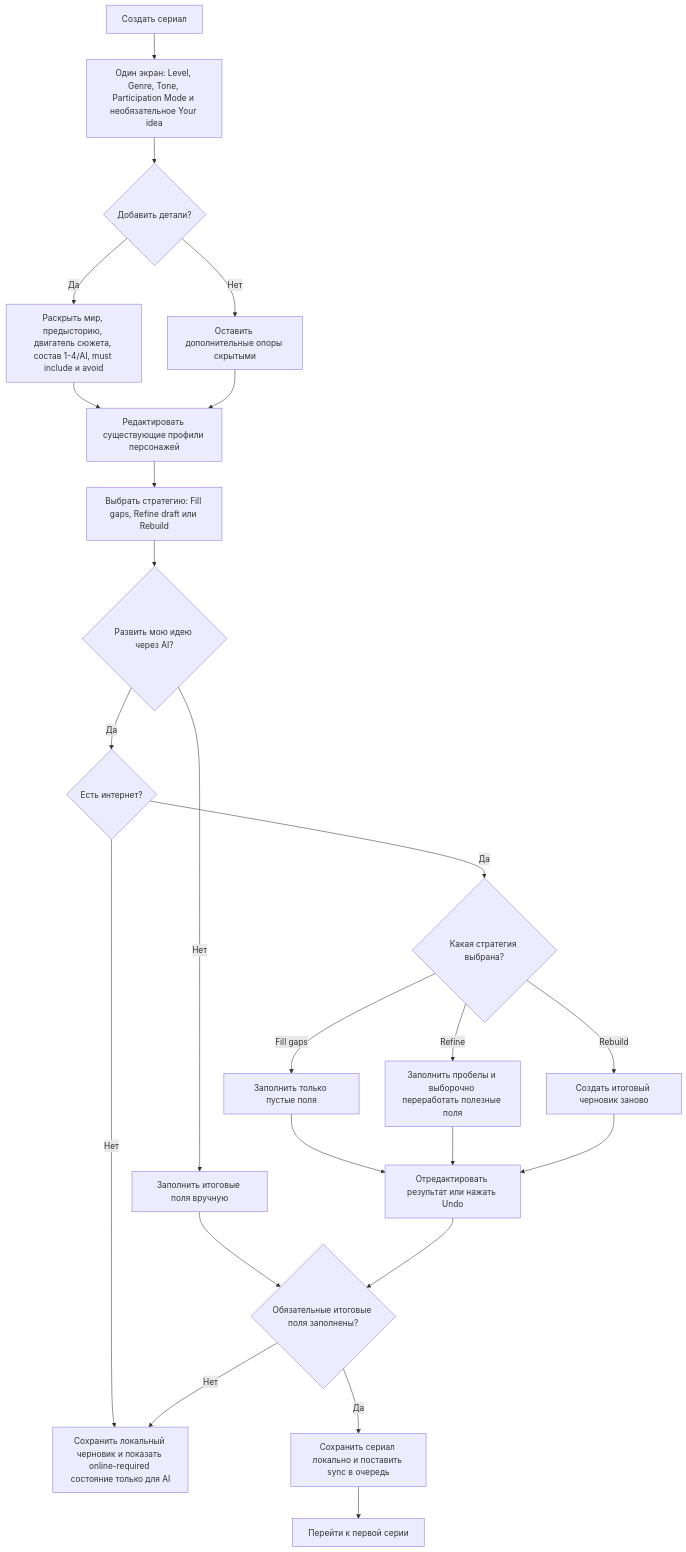
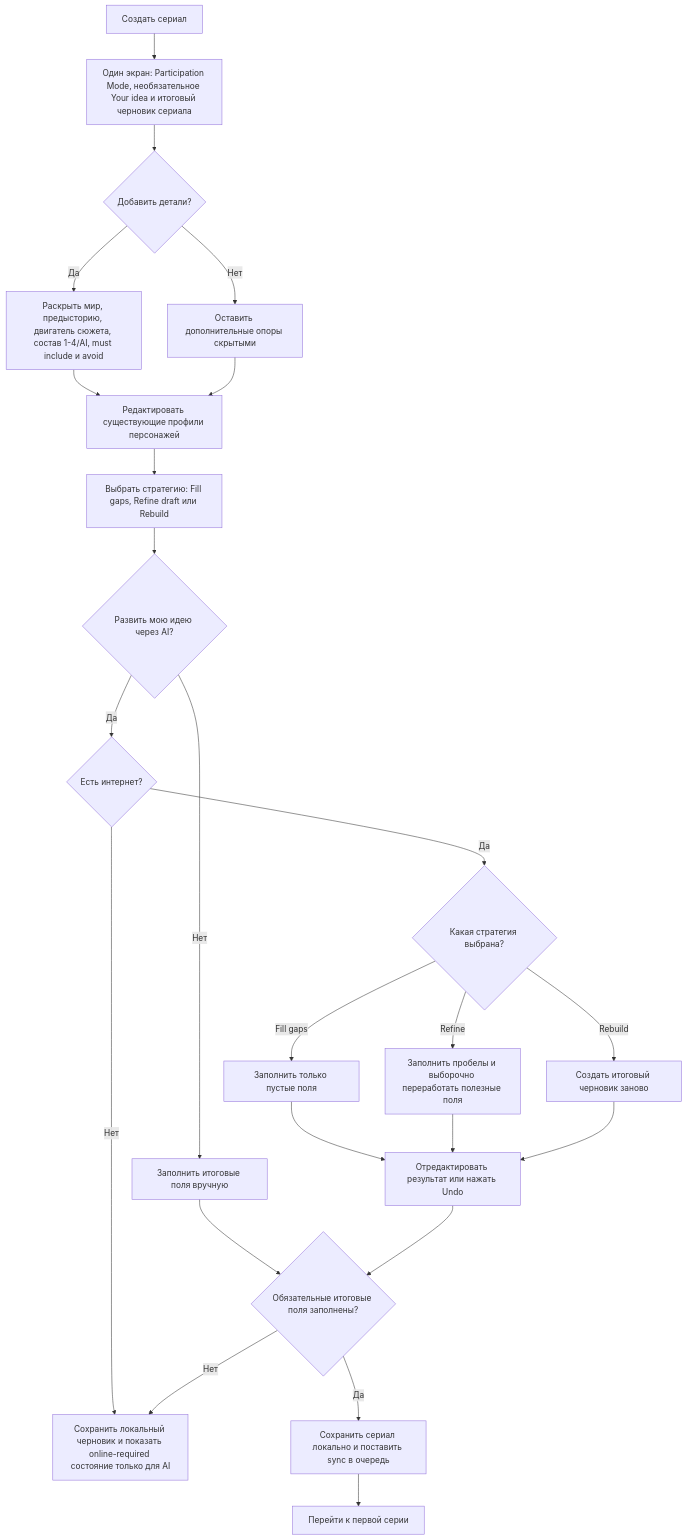
The second of 10 diagrams in concept/user_flow_schema.md (Gamshik/narrumi), drawn with Mermaid before and after one commit. The commit also changed other lines of this file and 14 other files, not shown here.

````diff
--- a/concept/user_flow_schema.md
+++ b/concept/user_flow_schema.md
@@ -47,26 +47,26 @@
 ```mermaid
 flowchart TD
-    A["Создать сериал"] --> B["Один экран: Level, Genre, Tone, Participation Mode и необязательное Your idea"]
+    A["Создать сериал"] --> B["Один экран: Participation Mode, необязательное Your idea и итоговый черновик сериала"]
     B --> C{"Добавить детали?"}
     C -- "Да" --> D["Раскрыть мир, предысторию, двигатель сюжета, состав 1-4/AI, must include и avoid"]
     C -- "Нет" --> E["Оставить дополнительные опоры скрытыми"]
     D --> F["Редактировать существующие профили персонажей"]
     E --> F
     F --> G["Выбрать стратегию: Fill gaps, Refine draft или Rebuild"]
     G --> H{"Развить мою идею через AI?"}
     H -- "Нет" --> I["Заполнить итоговые поля вручную"]
     H -- "Да" --> J{"Есть интернет?"}
     J -- "Нет" --> K["Сохранить локальный черновик и показать online-required состояние только для AI"]
     J -- "Да" --> L{"Какая стратегия выбрана?"}
     L -- "Fill gaps" --> M["Заполнить только пустые поля"]
     L -- "Refine" --> Q["Заполнить пробелы и выборочно переработать полезные поля"]
     L -- "Rebuild" --> R["Создать итоговый черновик заново"]
     M --> S["Отредактировать результат или нажать Undo"]
     Q --> S
     R --> S
     I --> N{"Обязательные итоговые поля заполнены?"}
     S --> N
     N -- "Нет" --> K
     N -- "Да" --> O["Сохранить сериал локально и поставить sync в очередь"]
     O --> P["Перейти к первой серии"]
 ```
````
